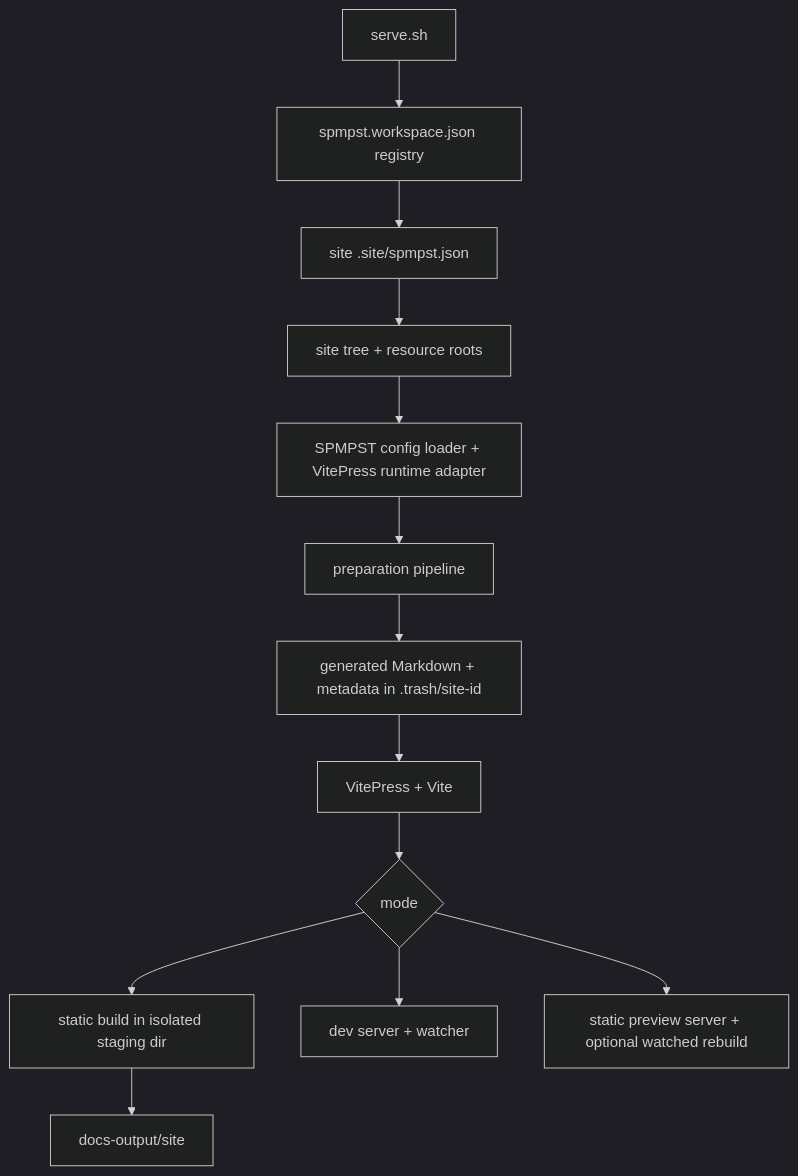
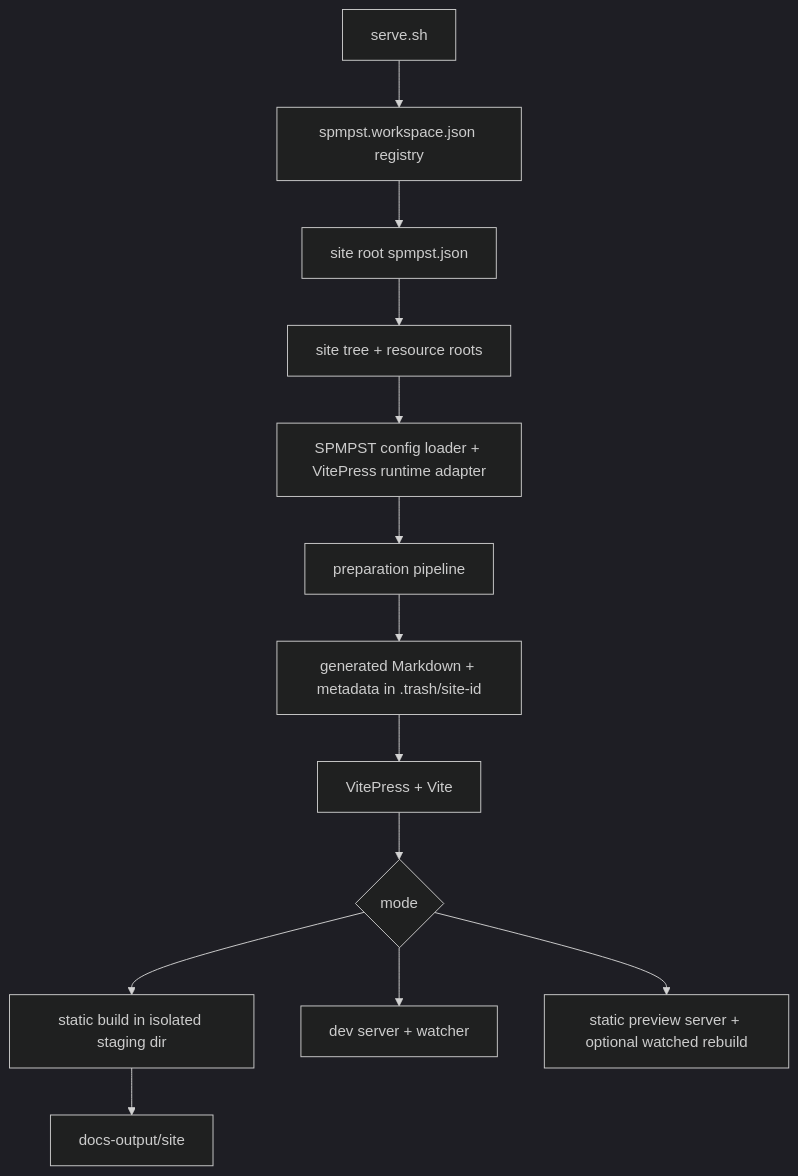
The second of 2 diagrams in docs/SSG.md (emyassine/base-feluka), drawn with Mermaid (dark theme) before and after one commit. The commit also changed other lines of this file and 38 other files, not shown here.

````diff
--- a/docs/SSG.md
+++ b/docs/SSG.md
@@ -620,15 +711,15 @@
 ```mermaid
 flowchart TD
     A[serve.sh] --> B[spmpst.workspace.json registry]
-    B --> C[site .site/spmpst.json]
+    B --> C[site root spmpst.json]
     C --> D[site tree + resource roots]
     D --> E[SPMPST config loader + VitePress runtime adapter]
     E --> F[preparation pipeline]
     F --> G[generated Markdown + metadata in .trash/site-id]
     G --> H[VitePress + Vite]
     H --> I{mode}
     I --> J[static build in isolated staging dir]
     I --> K[dev server + watcher]
     I --> L[static preview server + optional watched rebuild]
     J --> M[docs-output/site]
 ```
````
